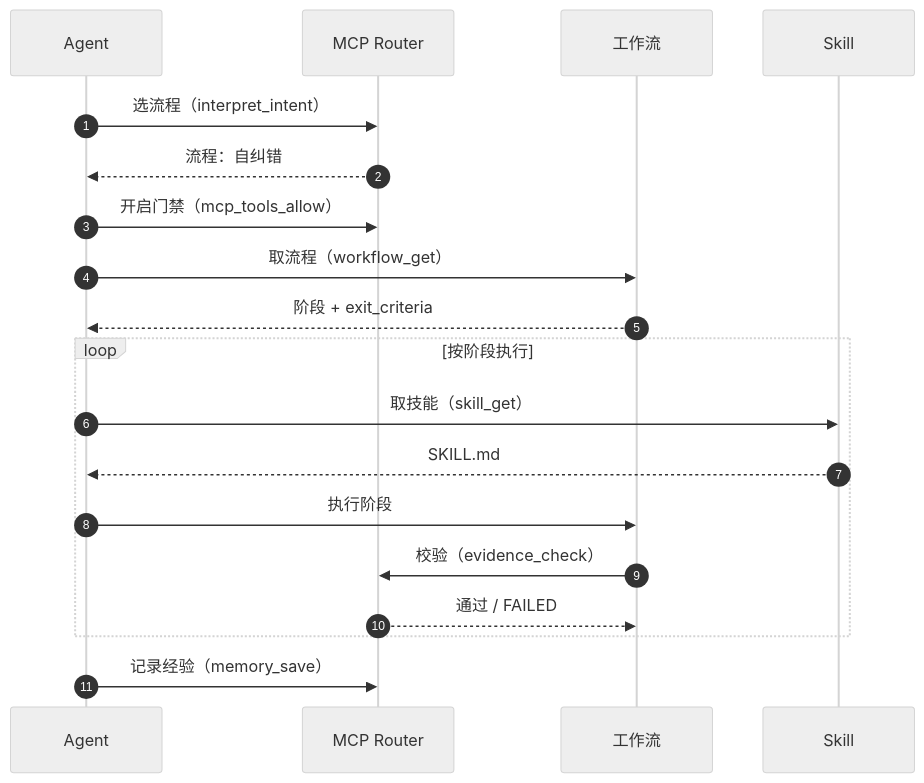
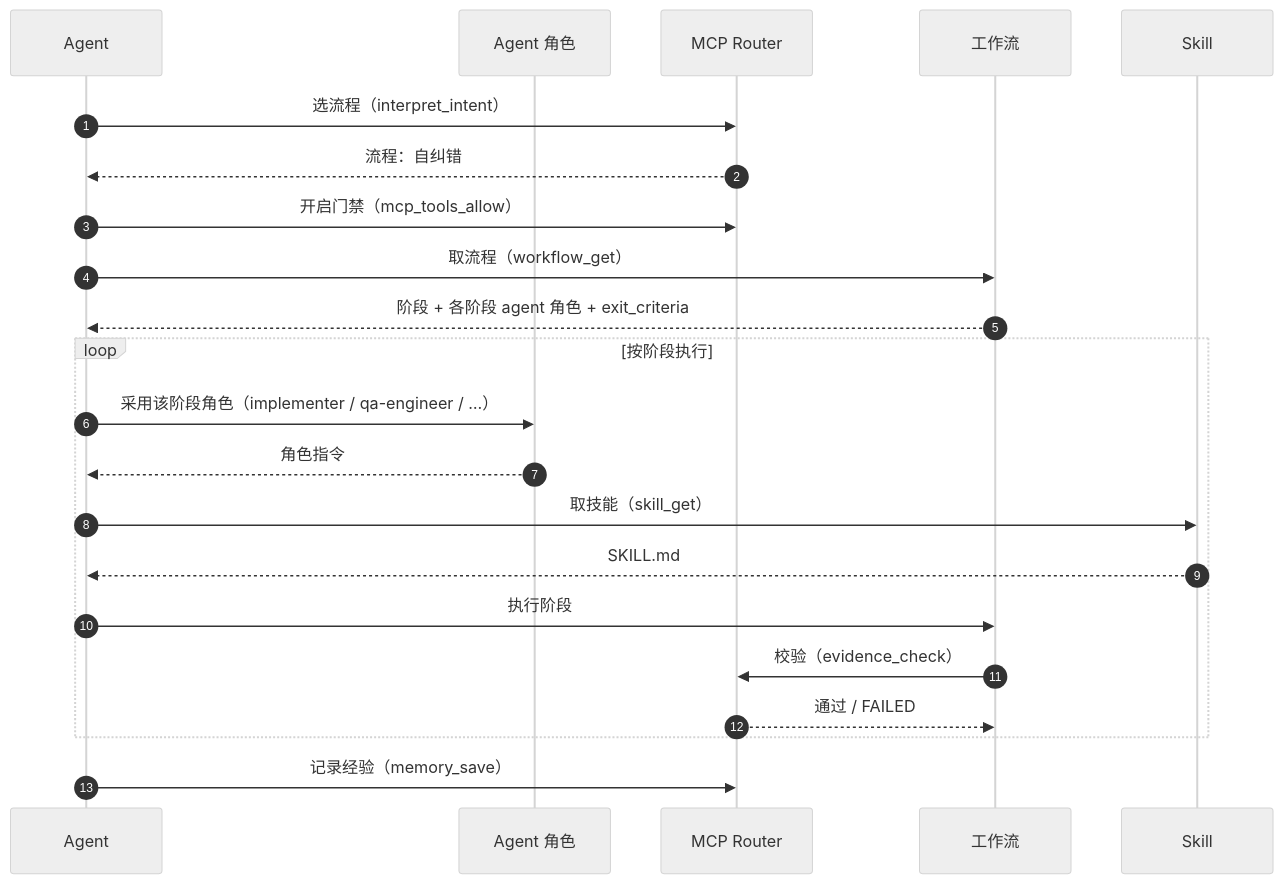
One commit to parkwoo/wawoo-agent-skills changed the diagram in README.zh-CN.md. Above: the diagram before and after it, drawn with Mermaid (neutral theme). The commit also changed 3 other files, not shown here.

Commit message:
docs: add the per-phase agent role to the sequence diagram (Agent / Agent role / MCP Router / Workflow / Skill)

````diff
--- a/README.zh-CN.md
+++ b/README.zh-CN.md
@@ -62,21 +62,24 @@
 ```mermaid
 sequenceDiagram
     autonumber
     participant A as Agent
+    participant G as Agent 角色
     participant R as MCP Router
     participant W as 工作流
     participant S as Skill
     A->>R: 选流程（interpret_intent）
     R-->>A: 流程：自纠错
     A->>R: 开启门禁（mcp_tools_allow）
     A->>W: 取流程（workflow_get）
-    W-->>A: 阶段 + exit_criteria
+    W-->>A: 阶段 + 各阶段 agent 角色 + exit_criteria
     loop 按阶段执行
+        A->>G: 采用该阶段角色（implementer / qa-engineer / …）
+        G-->>A: 角色指令
         A->>S: 取技能（skill_get）
         S-->>A: SKILL.md
         A->>W: 执行阶段
         W->>R: 校验（evidence_check）
         R-->>W: 通过 / FAILED
     end
     A->>R: 记录经验（memory_save）
 ```
````
